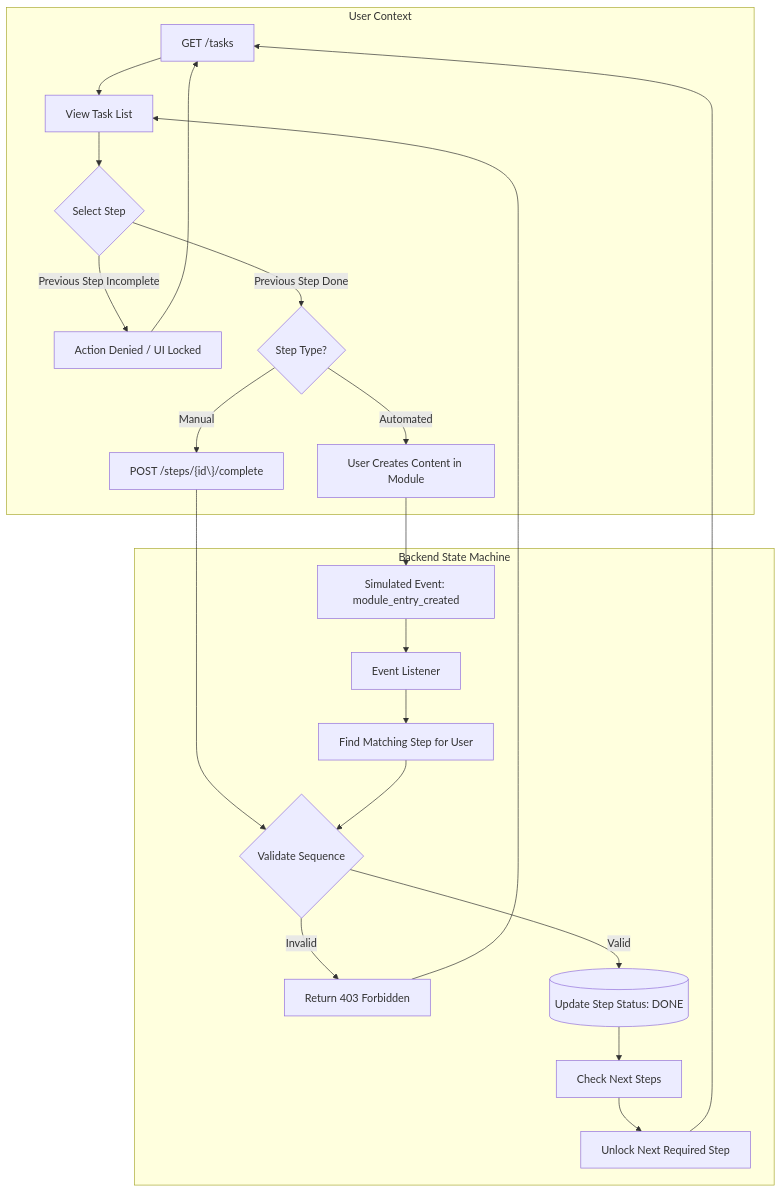
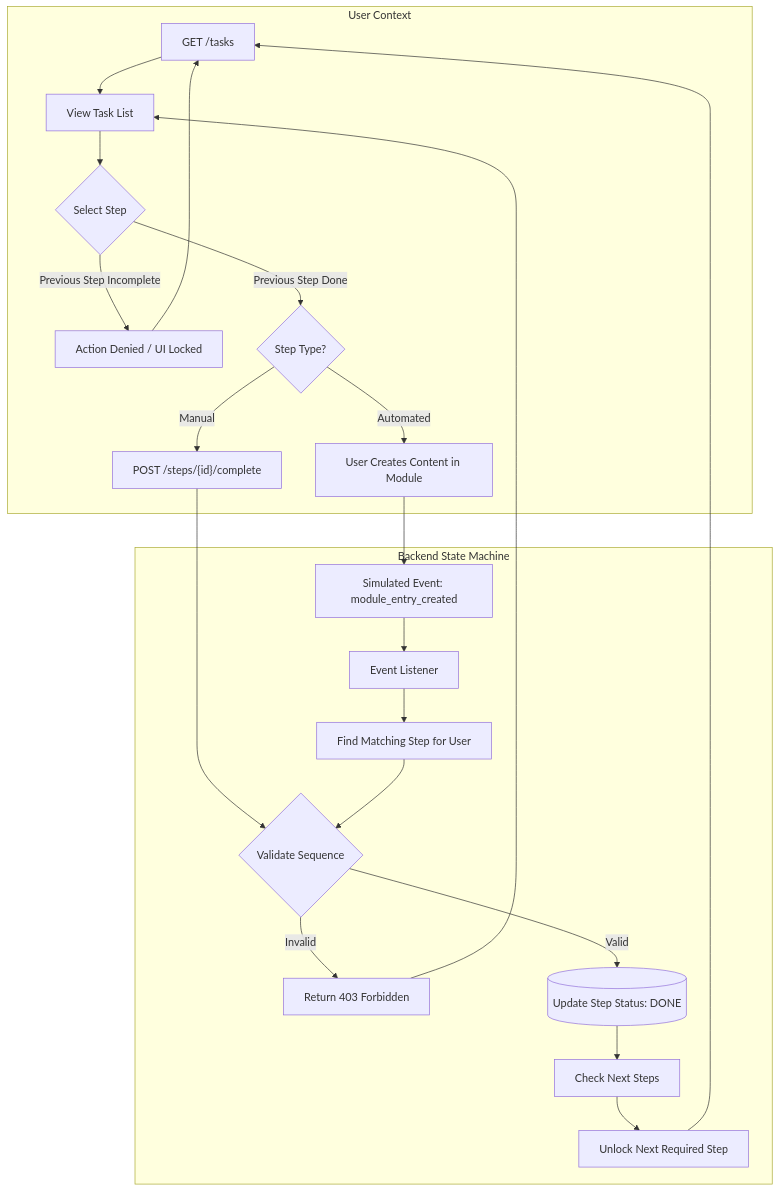
One commit to innoloft/Backend-Application changed the second of 2 diagrams in README.md. Above: the diagram before and after it, drawn with Mermaid. The commit also changed other lines of this file, not shown here.

Commit message:
docs: update challenge requirements and architecture

````diff
--- a/README.md
+++ b/README.md
@@ -112,33 +114,33 @@
 ```mermaid
 flowchart TD
     subgraph User_Action [User Context]
         Fetch[GET /tasks] --> View_List[View Task List]
         View_List --> Select_Step{Select Step}
         
         Select_Step -- Previous Step Incomplete --> Locked[Action Denied / UI Locked]
         Select_Step -- Previous Step Done --> Action_Type{Step Type?}
         
-        Action_Type -- Manual --> API_Call["POST /steps/{id\}/complete"]
+        Action_Type -- Manual --> API_Call["POST /steps/{id}/complete"]
         Action_Type -- Automated --> External_Act[User Creates Content in Module]
     end
 
     subgraph Backend_Logic [Backend State Machine]
         API_Call --> Validate_Seq{Validate Sequence}
         
         External_Act --> Event_Bus[Simulated Event: module_entry_created]
         Event_Bus --> Consumer[Event Listener]
         Consumer --> Match[Find Matching Step for User]
         Match --> Validate_Seq
         
         Validate_Seq -- Invalid --> Error[Return 403 Forbidden]
         Validate_Seq -- Valid --> Update_DB[(Update Step Status: DONE)]
         
         Update_DB --> Check_Next[Check Next Steps]
         Check_Next --> Unlock[Unlock Next Required Step]
     end
     
     Locked --> Fetch
     Unlock --> Fetch
     Error --> View_List
 
 ```
````
